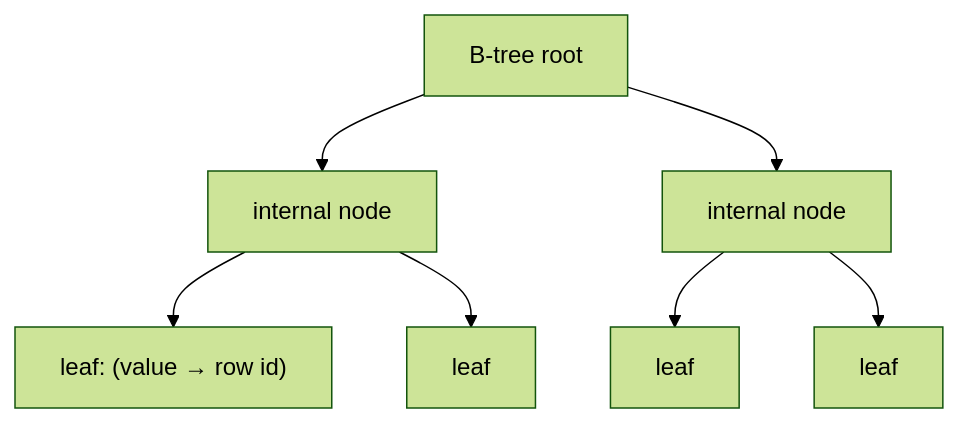
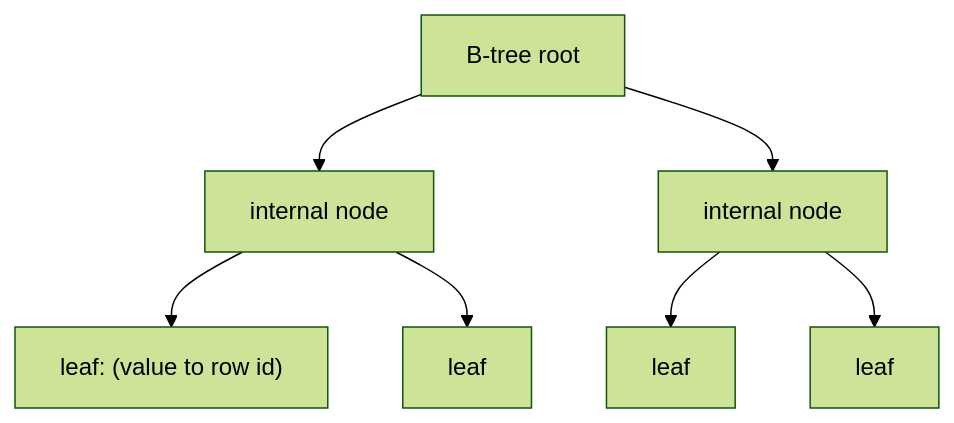
The diagram in content/database-systems-101/ko/04-indexes.md (yeongseon-books/book-content), drawn with Mermaid (forest theme) before and after one commit. The commit also changed other lines of this file and 9 other files, not shown here.

````diff
--- a/content/database-systems-101/ko/04-indexes.md
+++ b/content/database-systems-101/ko/04-indexes.md
@@ -36,9 +56,9 @@
 ```mermaid
 flowchart TB
     A["B-tree root"] --> B["internal node"]
     A --> C["internal node"]
-    B --> D["leaf: (value → row id)"]
+    B --> D["leaf: (value to row id)"]
     B --> E["leaf"]
     C --> F["leaf"]
     C --> G["leaf"]
 ```
````
